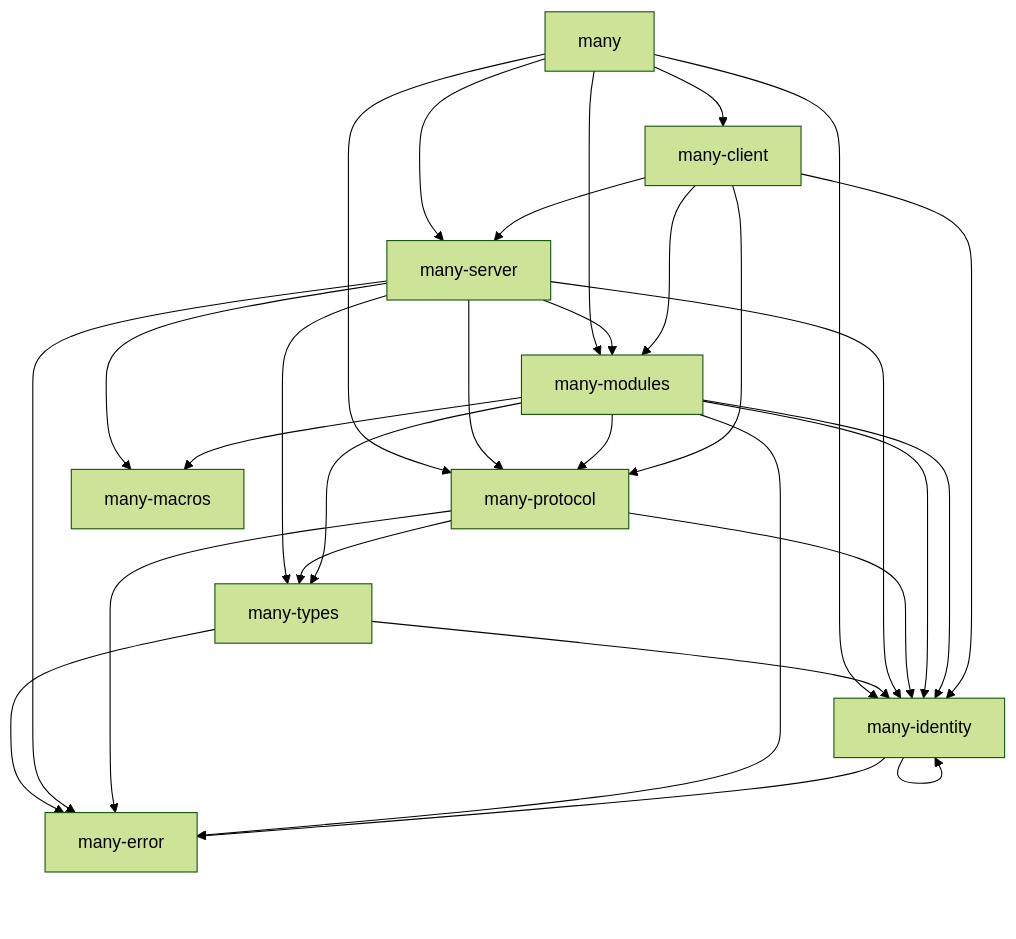
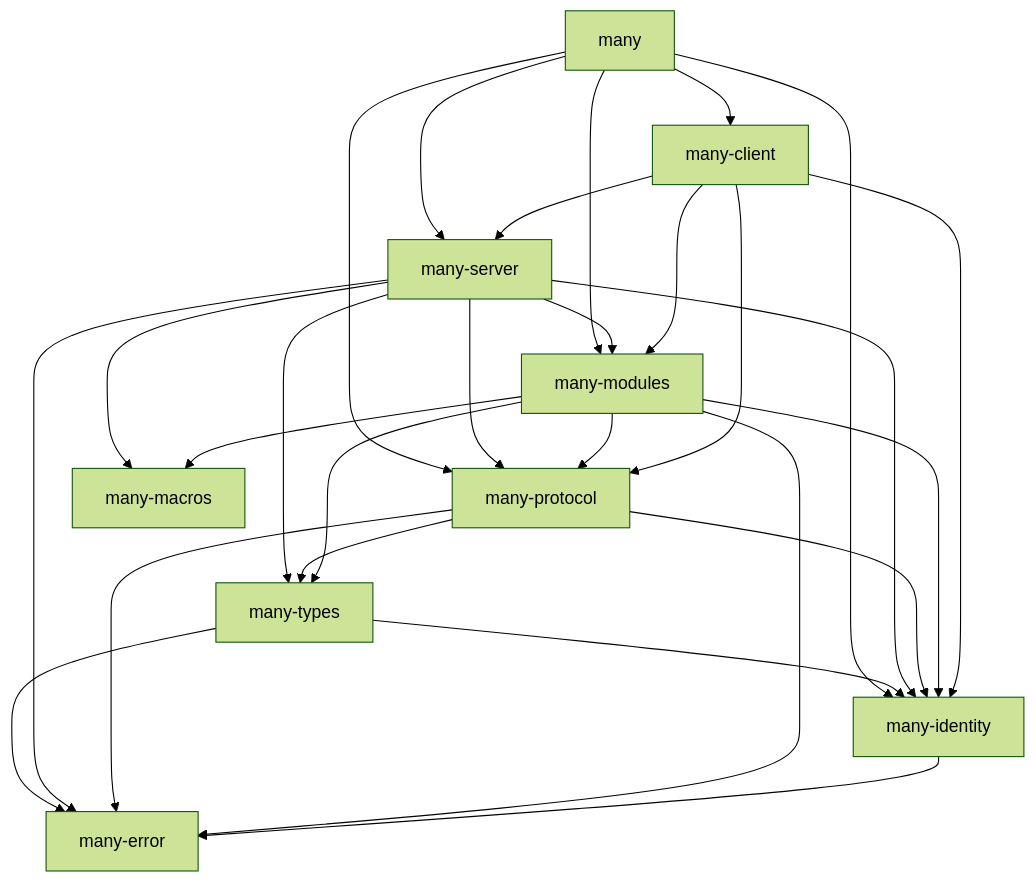
The diagram in README.md (liftedinit/many-rs), drawn with Mermaid (forest theme) before and after one commit. The commit also changed 1 other file, not shown here.

Commit message:
Improve the dep graph by removing duplicates and selfs

````diff
--- a/README.md
+++ b/README.md
@@ -37,10 +37,10 @@
 ```mermaid
 graph TD;
   many-client --> many-identity & many-modules & many-protocol & many-server;
-  many-identity --> many-error & many-identity;
-  many-modules --> many-error & many-identity & many-macros & many-protocol & many-types & many-identity;
+  many-identity --> many-error;
+  many-modules --> many-error & many-identity & many-macros & many-protocol & many-types;
   many-protocol --> many-error & many-identity & many-types;
-  many-server --> many-error & many-identity & many-modules & many-protocol & many-types & many-macros;
+  many-server --> many-error & many-identity & many-macros & many-modules & many-protocol & many-types;
   many-types --> many-error & many-identity;
   many --> many-client & many-identity & many-modules & many-protocol & many-server;
 ```
````
